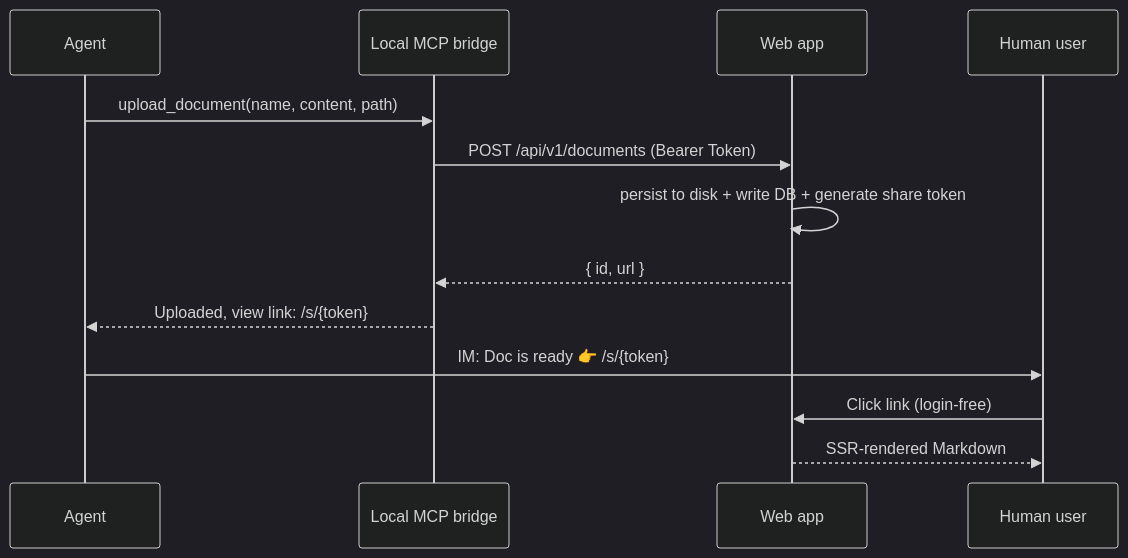
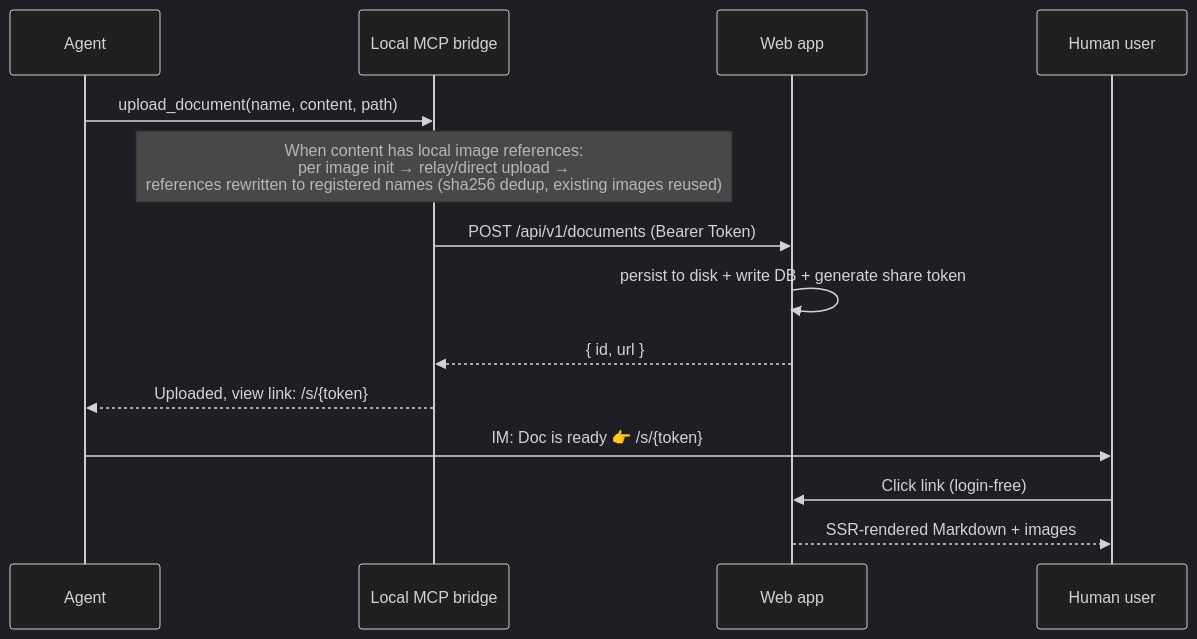
The diagram in README.en.md (earneet/remote-reader), drawn with Mermaid (dark theme) before and after one commit. The commit also changed other lines of this file and 7 other files, not shown here.

Commit message:
docs: 图片支持收官——README/USER_GUIDE/INSTALL/scripts/AGENTS 全量同步

````diff
--- a/README.en.md
+++ b/README.en.md
@@ -22,16 +23,17 @@
 ```mermaid
 sequenceDiagram
     participant Agent
     participant Bridge as Local MCP bridge
     participant Web as Web app
     participant User as Human user
 
     Agent->>Bridge: upload_document(name, content, path)
+    Note over Bridge: When content has local image references:<br/>per image init → relay/direct upload →<br/>references rewritten to registered names (sha256 dedup, existing images reused)
     Bridge->>Web: POST /api/v1/documents (Bearer Token)
     Web->>Web: persist to disk + write DB + generate share token
     Web-->>Bridge: { id, url }
     Bridge-->>Agent: Uploaded, view link: /s/{token}
     Agent->>User: IM: Doc is ready 👉 /s/{token}
     User->>Web: Click link (login-free)
-    Web-->>User: SSR-rendered Markdown
+    Web-->>User: SSR-rendered Markdown + images
 ```
````
